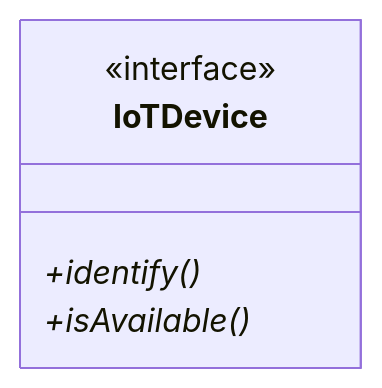
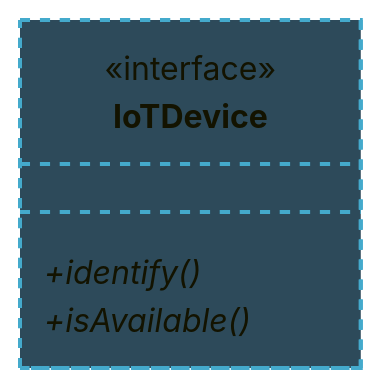
Before and after one commit to neu-pdi/cs3100-public-resources: the sixth of 22 diagrams in lecture-slides-spertus/l2-inheritance-polymorphism.mdx, drawn with Mermaid. The commit also changed other lines of this file and 4 other files, not shown here.

````diff
--- a/lecture-slides-spertus/l2-inheritance-polymorphism.mdx
+++ b/lecture-slides-spertus/l2-inheritance-polymorphism.mdx
@@ -241,8 +543,10 @@
 ```mermaid
 classDiagram
     class IoTDevice {
         <<interface>>
         +identify()*
         +isAvailable()*
     }
+
+    style IoTDevice fill:#2d4a5a,stroke:#4ac,stroke-width:2px,stroke-dasharray: 5 5
 ```
````
